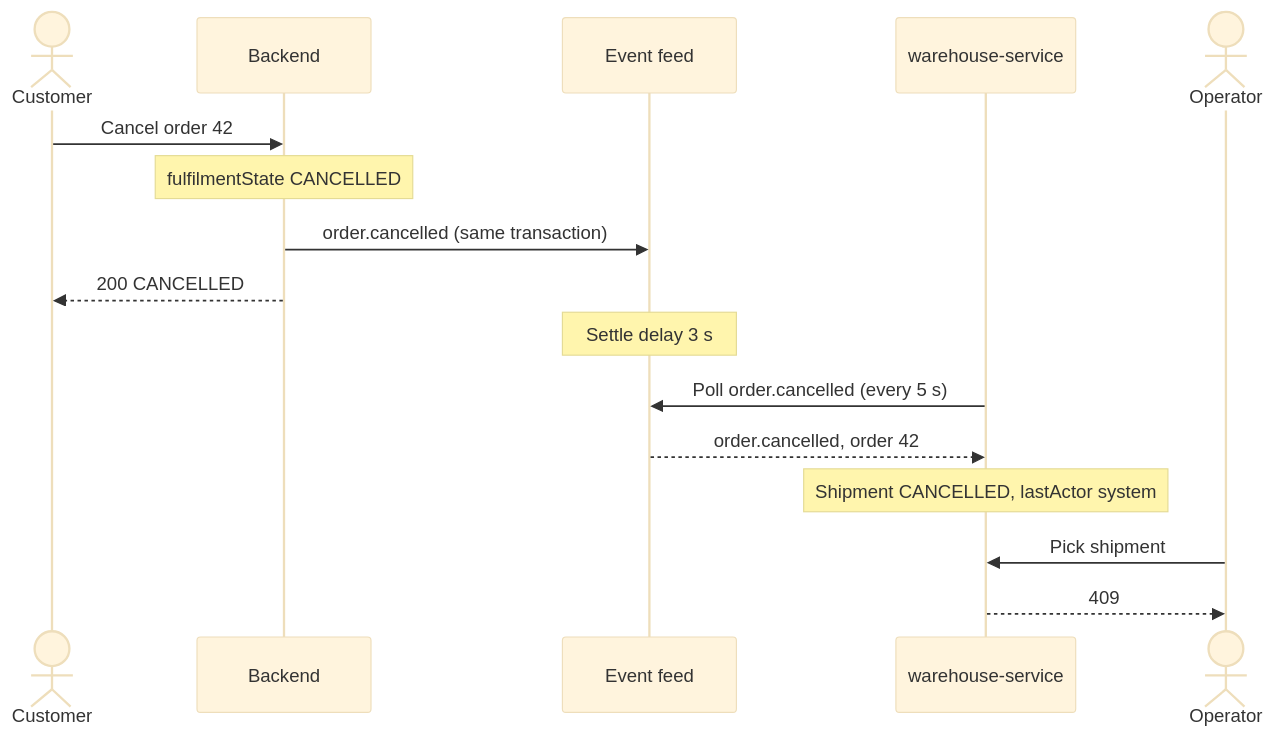
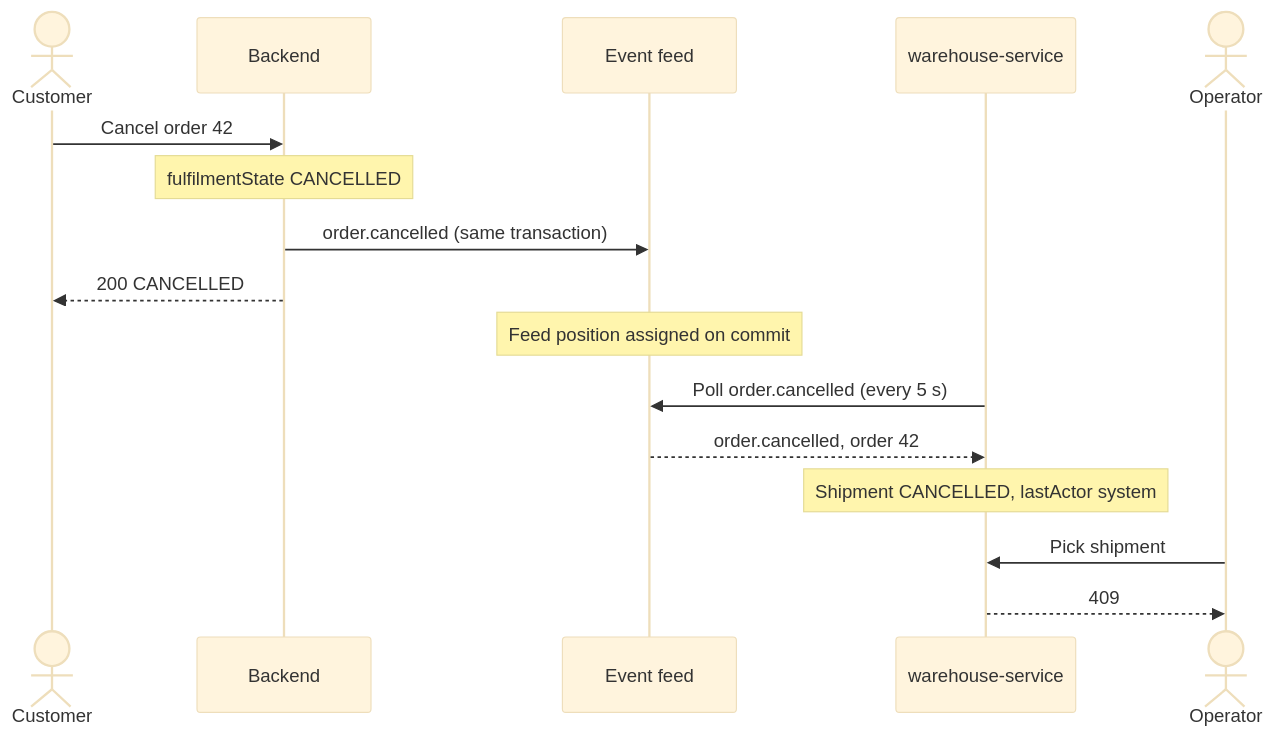
The second of 4 diagrams in docs-site/docs/flows/fulfilment.md (slawekradzyminski/awesome-localstack), drawn with Mermaid (base theme) before and after one commit. The commit also changed other lines of this file and 17 other files, not shown here.

First line of the commit message:
Docs: commit-ordered event feed, release tombstone, 503 on database outage (#113)

````diff
--- a/docs-site/docs/flows/fulfilment.md
+++ b/docs-site/docs/flows/fulfilment.md
@@ -70,18 +70,18 @@
 ```mermaid
 sequenceDiagram
     actor C as Customer
     participant B as Backend
     participant F as Event feed
     participant W as warehouse-service
     actor O as Operator
     C->>B: Cancel order 42
     Note over B: fulfilmentState CANCELLED
     B->>F: order.cancelled (same transaction)
     B-->>C: 200 CANCELLED
-    Note over F: Settle delay 3 s
+    Note over F: Feed position assigned on commit
     W->>F: Poll order.cancelled (every 5 s)
     F-->>W: order.cancelled, order 42
     Note over W: Shipment CANCELLED, lastActor system
     O->>W: Pick shipment
     W-->>O: 409
 ```
````
